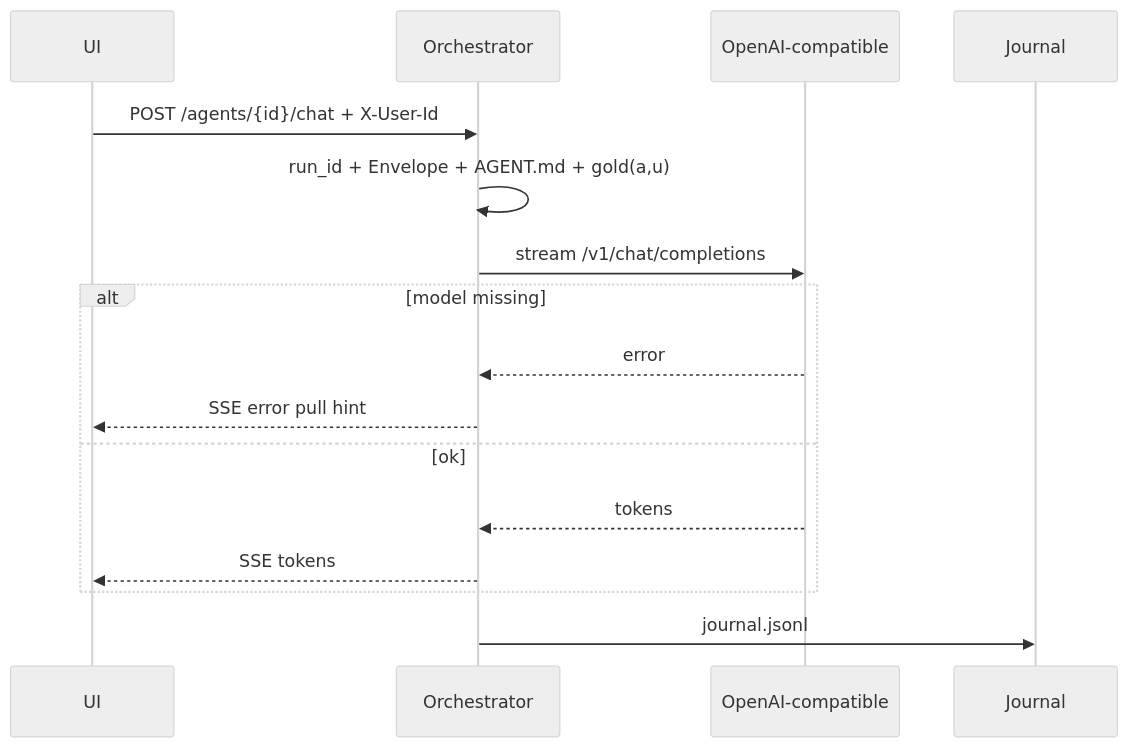
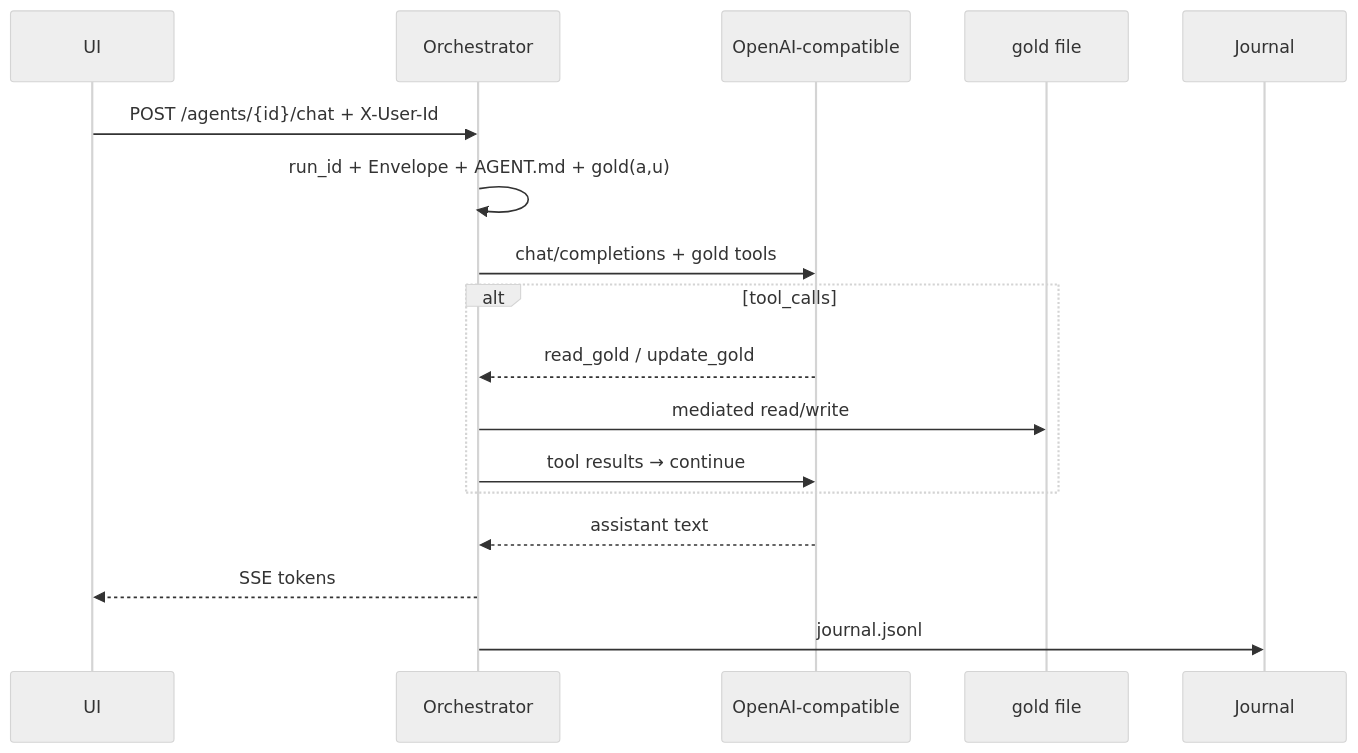
The first of 5 diagrams in docs/architecture/11_CHAT.md (abhishekjasani/AgentAnyStack), drawn with Mermaid (neutral theme) before and after one commit. The commit also changed other lines of this file and 14 other files, not shown here.

First line of the commit message:
Refactor gold notepad handling to use orchestrator-mediated tools

````diff
--- a/docs/architecture/11_CHAT.md
+++ b/docs/architecture/11_CHAT.md
@@ -36,19 +36,20 @@
 ```mermaid
 sequenceDiagram
     participant UI
     participant ORC as Orchestrator
     participant OL as OpenAI-compatible
+    participant G as gold file
     participant J as Journal
 
     UI->>ORC: POST /agents/{id}/chat + X-User-Id
     ORC->>ORC: run_id + Envelope + AGENT.md + gold(a,u)
-    ORC->>OL: stream /v1/chat/completions
-    alt model missing
-        OL-->>ORC: error
-        ORC-->>UI: SSE error pull hint
-    else ok
-        OL-->>ORC: tokens
-        ORC-->>UI: SSE tokens
+    ORC->>OL: chat/completions + gold tools
+    alt tool_calls
+        OL-->>ORC: read_gold / update_gold
+        ORC->>G: mediated read/write
+        ORC->>OL: tool results → continue
     end
+    OL-->>ORC: assistant text
+    ORC-->>UI: SSE tokens
     ORC->>J: journal.jsonl
 ```
````
